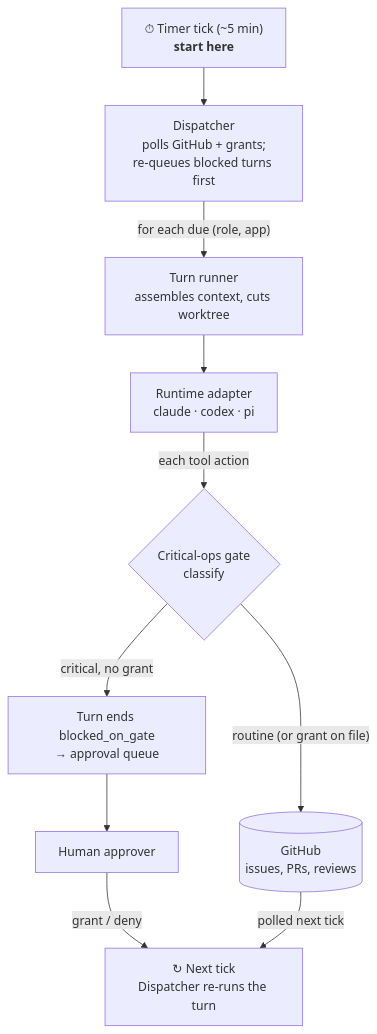
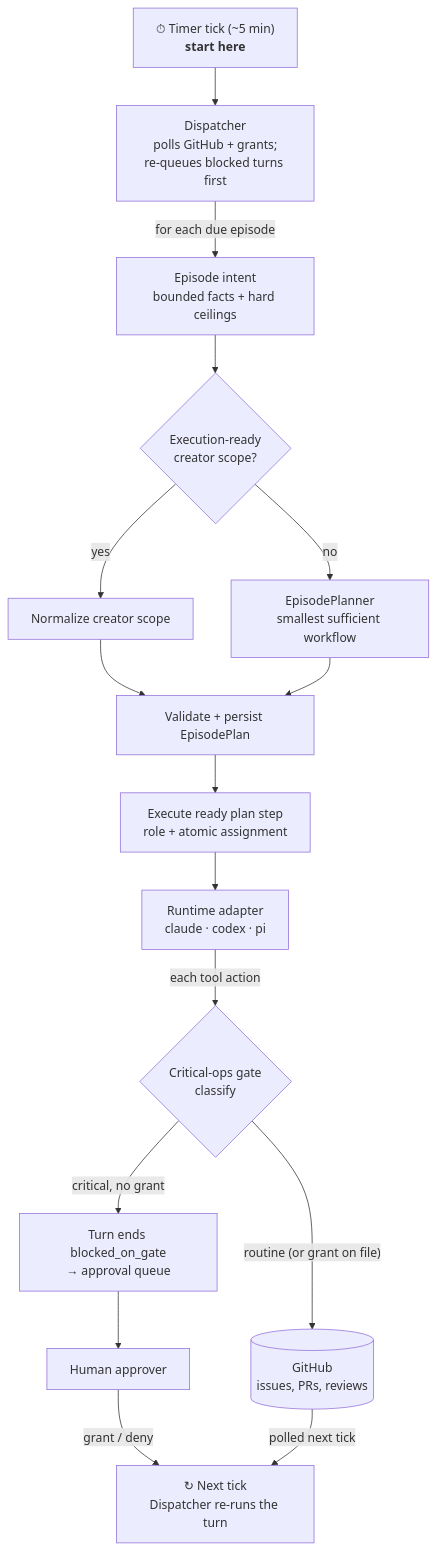
One commit to buildstacks-dev/Cormidia changed the diagram in README.md. Above: the diagram before and after it, drawn with Mermaid. The commit also changed other lines of this file and 151 other files, not shown here.

Commit message:
feat: add EpisodePlanner and adaptive turn execution

````diff
--- a/README.md
+++ b/README.md
@@ -7,12 +7,18 @@
 ```mermaid
 flowchart TD
     T["⏱ Timer tick (~5 min)<br/><b>start here</b>"] --> D["Dispatcher<br/>polls GitHub + grants;<br/>re-queues blocked turns first"]
-    D -->|"for each due (role, app)"| R["Turn runner<br/>assembles context, cuts worktree"]
+    D -->|"for each due episode"| I["Episode intent<br/>bounded facts + hard ceilings"]
+    I --> P{"Execution-ready<br/>creator scope?"}
+    P -->|"yes"| N["Normalize creator scope"]
+    P -->|"no"| EP["EpisodePlanner<br/>smallest sufficient workflow"]
+    N --> V["Validate + persist EpisodePlan"]
+    EP --> V
+    V --> R["Execute ready plan step<br/>role + atomic assignment"]
     R --> A["Runtime adapter<br/>claude · codex · pi"]
     A -->|"each tool action"| G{"Critical-ops gate<br/>classify"}
     G -->|"routine (or grant on file)"| GH[("GitHub<br/>issues, PRs, reviews")]
     G -->|"critical, no grant"| B["Turn ends blocked_on_gate<br/>→ approval queue"]
     B --> H["Human approver"]
-    H -->|"grant / deny"| N["↻ Next tick<br/>Dispatcher re-runs the turn"]
-    GH -->|"polled next tick"| N
+    H -->|"grant / deny"| NT["↻ Next tick<br/>Dispatcher re-runs the turn"]
+    GH -->|"polled next tick"| NT
 ```
````
